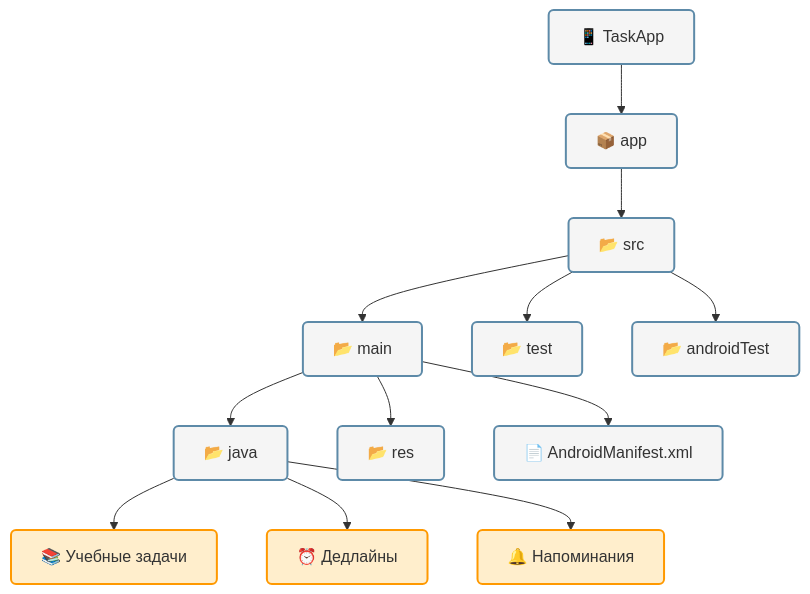
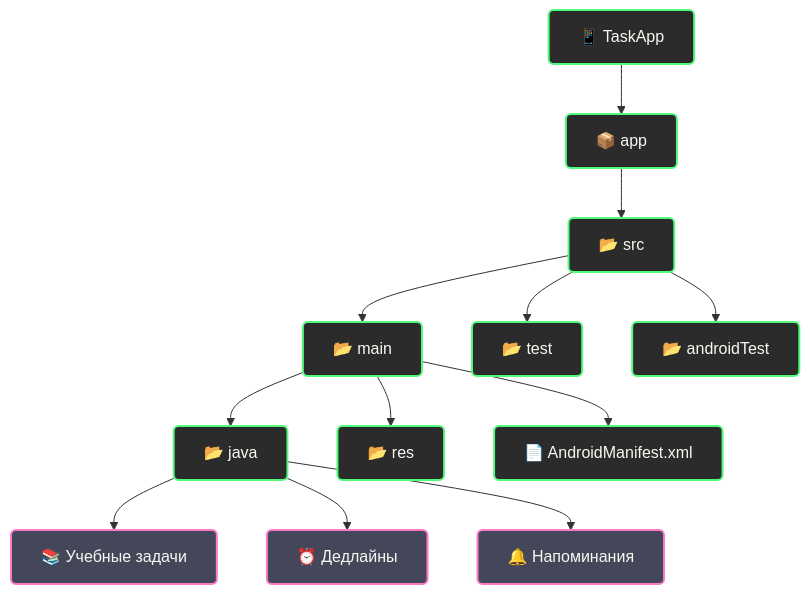
One commit to reazonvan/TaskApp changed the diagram in README.md. Above: the diagram before and after it, drawn with Mermaid. The commit also changed other lines of this file, not shown here.

````diff
--- a/README.md
+++ b/README.md
@@ -200,21 +248,21 @@
 ```mermaid
 flowchart TD
     A["📱 TaskApp"] --> B["📦 app"]
     B --> C["📂 src"]
     C --> D["📂 main"]
     C --> E["📂 test"]
     C --> F["📂 androidTest"]
     D --> G["📂 java"]
     D --> H["📂 res"]
     D --> I["📄 AndroidManifest.xml"]
     
     G --> J["📚 Учебные задачи"]
     G --> K["⏰ Дедлайны"]
     G --> L["🔔 Напоминания"]
     
-    classDef default fill:#f5f5f5,stroke:#5d8aa8,stroke-width:2px,color:#333,rx:5px
-    classDef special fill:#ffeecc,stroke:#ff9900,stroke-width:2px,color:#333,rx:5px
+    classDef default fill:#2b2b2b,stroke:#50fa7b,stroke-width:2px,color:#f8f8f2,rx:5px
+    classDef special fill:#44475a,stroke:#ff79c6,stroke-width:2px,color:#f8f8f2,rx:5px
     
     class A,B default
     class J,K,L special
 ```
````
